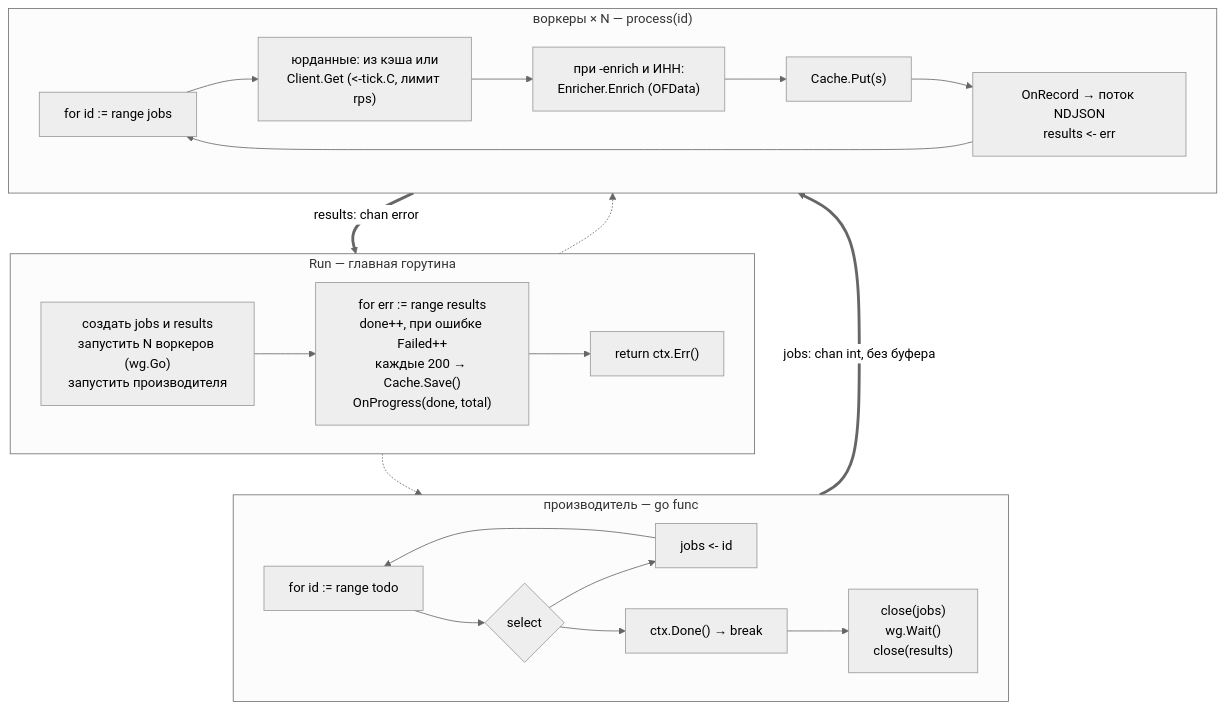
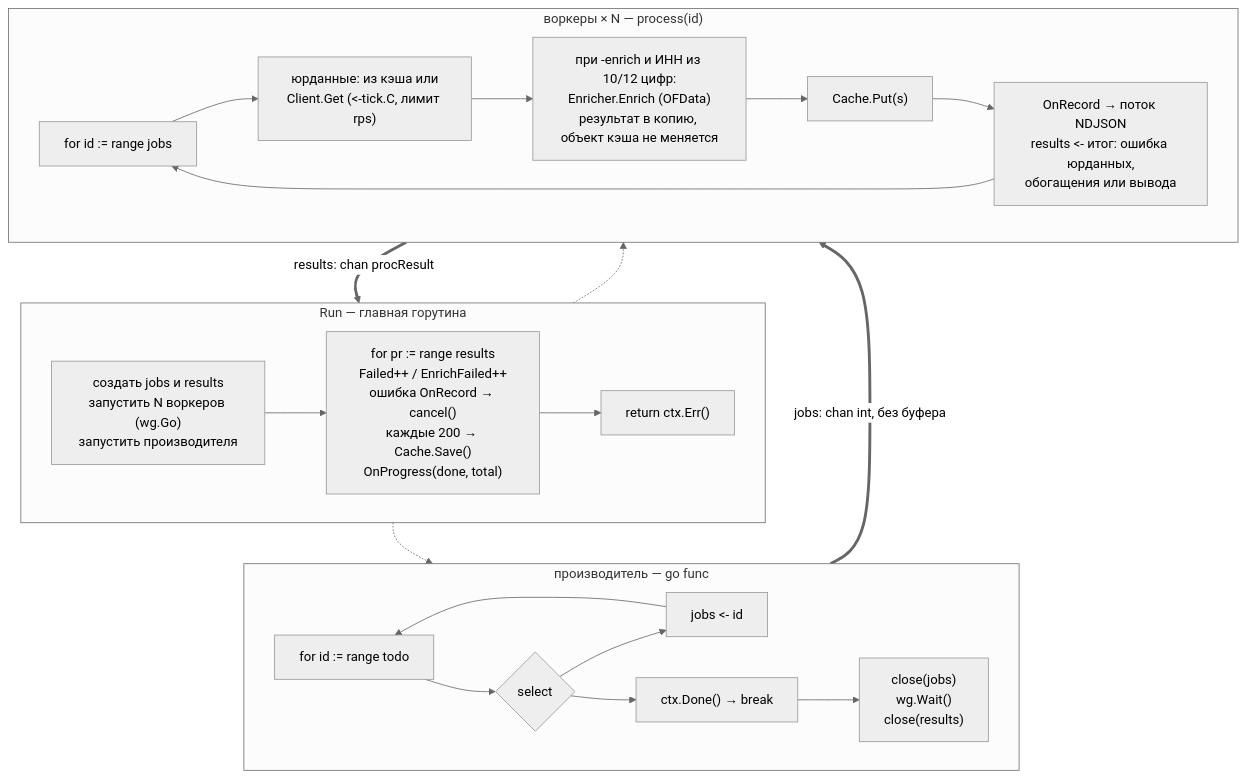
Before and after one commit to OkaneKatsuro/go-wb: the third of 7 diagrams in README.md, drawn with Mermaid (neutral theme). The commit also changed other lines of this file, not shown here.

````diff
--- a/README.md
+++ b/README.md
@@ -90,37 +93,37 @@
 ```mermaid
 flowchart TB
     subgraph MAIN["Run — главная горутина"]
         direction LR
         M1["создать jobs и results<br/>запустить N воркеров (wg.Go)<br/>запустить производителя"]
-        M2["for err := range results<br/>done++, при ошибке Failed++<br/>каждые 200 → Cache.Save()<br/>OnProgress(done, total)"]
+        M2["for pr := range results<br/>Failed++ / EnrichFailed++<br/>ошибка OnRecord → cancel()<br/>каждые 200 → Cache.Save()<br/>OnProgress(done, total)"]
         M3["return ctx.Err()"]
         M1 --> M2 --> M3
     end
 
     subgraph PROD["производитель — go func"]
         direction LR
         P1["for id := range todo"]
         P2{"select"}
         P3["jobs &lt;- id"]
         P4["ctx.Done() → break"]
         P5["close(jobs)<br/>wg.Wait()<br/>close(results)"]
         P1 --> P2
         P2 --> P3 --> P1
         P2 --> P4 --> P5
     end
 
     subgraph WORK["воркеры × N — process(id)"]
         direction LR
         W1["for id := range jobs"]
         W2["юрданные: из кэша или<br/>Client.Get (&lt;-tick.C, лимит rps)"]
-        W3["при -enrich и ИНН:<br/>Enricher.Enrich (OFData)"]
+        W3["при -enrich и ИНН из 10/12 цифр:<br/>Enricher.Enrich (OFData)<br/>результат в копию, объект кэша не меняется"]
         W4["Cache.Put(s)"]
-        W5["OnRecord → поток NDJSON<br/>results &lt;- err"]
+        W5["OnRecord → поток NDJSON<br/>results &lt;- итог: ошибка юрданных,<br/>обогащения или вывода"]
         W1 --> W2 --> W3 --> W4 --> W5 --> W1
     end
 
     M1 -.-> P1
     M1 -.-> W1
     P3 ==>|"jobs: chan int, без буфера"| W1
-    W5 ==>|"results: chan error"| M2
+    W5 ==>|"results: chan procResult"| M2
 ```
````
